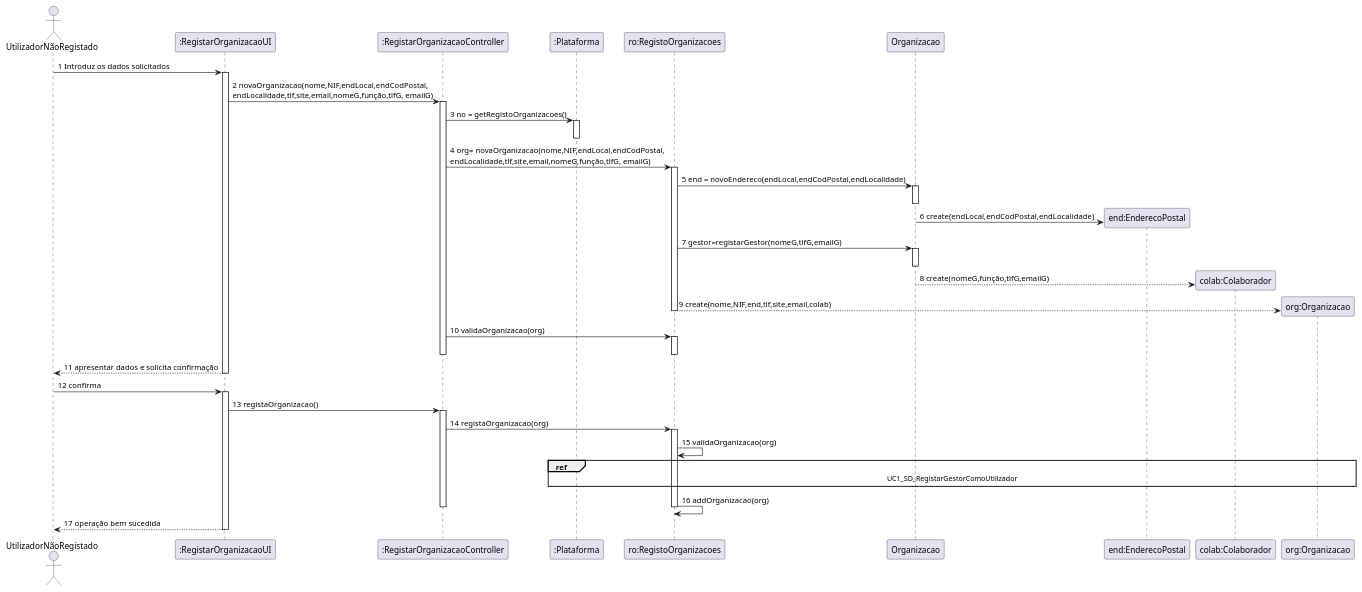
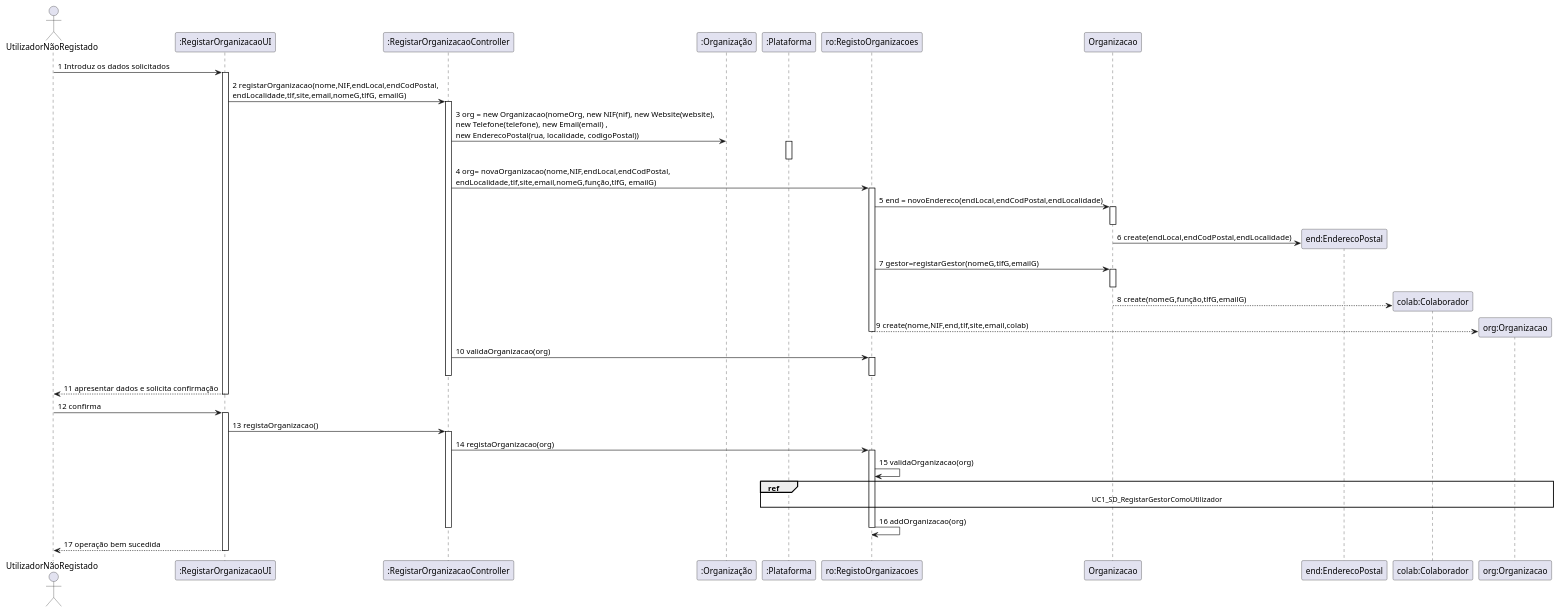
Before and after one commit to pedro-miguez/upskill_java1_labprg_grupo3: the diagram in Sprint 2/UC1_Registar_Organização/UC1-SequenceDiagram.plantuml, drawn with PlantUML. The commit also changed 5 other files, not shown here.

```diff
--- a/Sprint 2/UC1_Registar_Organização/UC1-SequenceDiagram.plantuml
+++ b/Sprint 2/UC1_Registar_Organização/UC1-SequenceDiagram.plantuml
@@ -1,41 +1,41 @@
 @startuml 
 actor UtilizadorNãoRegistado as UtilizadorNãoRegistado
 UtilizadorNãoRegistado -> ":RegistarOrganizacaoUI" : 1 Introduz os dados solicitados
 activate ":RegistarOrganizacaoUI"
-":RegistarOrganizacaoUI" -> ":RegistarOrganizacaoController" : 2 novaOrganizacao(nome,NIF,endLocal,endCodPostal,\nendLocalidade,tlf,site,email,nomeG,função,tlfG, emailG)
+":RegistarOrganizacaoUI" -> ":RegistarOrganizacaoController" : 2 registarOrganizacao(nome,NIF,endLocal,endCodPostal,\nendLocalidade,tlf,site,email,nomeG,tlfG, emailG)
 activate ":RegistarOrganizacaoController"
-":RegistarOrganizacaoController" -> ":Plataforma" : 3 no = getRegistoOrganizacoes()
+":RegistarOrganizacaoController" -> ":Organização" : 3 org = new Organizacao(nomeOrg, new NIF(nif), new Website(website), \nnew Telefone(telefone), new Email(email) , \nnew EnderecoPostal(rua, localidade, codigoPostal))
 activate ":Plataforma"
 deactivate ":Plataforma"
 ":RegistarOrganizacaoController" -> "ro:RegistoOrganizacoes" : 4 org= novaOrganizacao(nome,NIF,endLocal,endCodPostal,\nendLocalidade,tlf,site,email,nomeG,função,tlfG, emailG)
 activate "ro:RegistoOrganizacoes"
 "ro:RegistoOrganizacoes" -> Organizacao : 5 end = novoEndereco(endLocal,endCodPostal,endLocalidade)
 activate Organizacao
 deactivate Organizacao
 Organizacao -> "end:EnderecoPostal" ** : 6  create(endLocal,endCodPostal,endLocalidade)
 "ro:RegistoOrganizacoes" -> Organizacao : 7 gestor=registarGestor(nomeG,tlfG,emailG)
 activate Organizacao
 deactivate Organizacao
 Organizacao --> "colab:Colaborador" ** : 8 create(nomeG,função,tlfG,emailG)
 "ro:RegistoOrganizacoes" --> "org:Organizacao" ** : 9 create(nome,NIF,end,tlf,site,email,colab)
 deactivate "ro:RegistoOrganizacoes"
 ":RegistarOrganizacaoController" -> "ro:RegistoOrganizacoes" : 10 validaOrganizacao(org)
 activate "ro:RegistoOrganizacoes"
 deactivate "ro:RegistoOrganizacoes"
 deactivate ":RegistarOrganizacaoController"
 ":RegistarOrganizacaoUI" --> UtilizadorNãoRegistado : 11 apresentar dados e solicita confirmação
 deactivate ":RegistarOrganizacaoUI"
 UtilizadorNãoRegistado -> ":RegistarOrganizacaoUI" : 12 confirma
 activate ":RegistarOrganizacaoUI"
 ":RegistarOrganizacaoUI" -> ":RegistarOrganizacaoController" : 13 registaOrganizacao()
 activate ":RegistarOrganizacaoController"
 ":RegistarOrganizacaoController" -> "ro:RegistoOrganizacoes" : 14 registaOrganizacao(org)
 activate "ro:RegistoOrganizacoes"
 "ro:RegistoOrganizacoes" -> "ro:RegistoOrganizacoes" : 15 validaOrganizacao(org)
 ref over ":Plataforma", "org:Organizacao" : UC1_SD_RegistarGestorComoUtilizador
 "ro:RegistoOrganizacoes" -> "ro:RegistoOrganizacoes" : 16 addOrganizacao(org)
 deactivate "ro:RegistoOrganizacoes"
 deactivate ":RegistarOrganizacaoController"
 ":RegistarOrganizacaoUI" --> UtilizadorNãoRegistado : 17 operação bem sucedida
 deactivate ":RegistarOrganizacaoUI"
 @enduml
```
